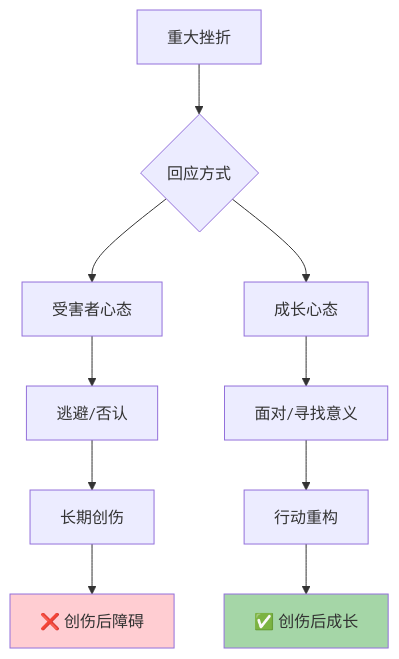
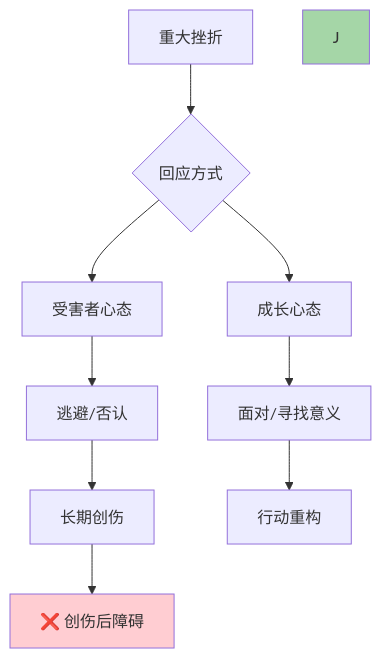
One commit to ql-wade/buffett-knowledge-base changed the third of 3 diagrams in content/psychology/心流-章节拆解/第9章-挫折中的心流.md. Above: the diagram before and after it, drawn with Mermaid. The commit also changed other lines of this file and 77 other files, not shown here.

````diff
--- a/content/psychology/心流-章节拆解/第9章-挫折中的心流.md
+++ b/content/psychology/心流-章节拆解/第9章-挫折中的心流.md
@@ -230,17 +229,16 @@
 ```mermaid
 flowchart TD
     A[重大挫折] --> B{回应方式}
 
     B --> C[受害者心态]
     C --> D[逃避/否认]
     D --> E[长期创伤]
     E --> F[❌ 创伤后障碍]
 
     B --> G[成长心态]
     G --> H[面对/寻找意义]
     H --> I[行动重构]
-    I --> J[✅ 创伤后成长]
 
     style F fill:#ffcdd2
     style J fill:#a5d6a7
 ```
````
